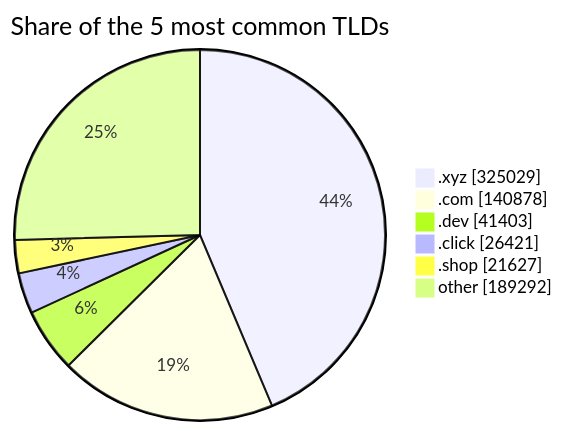
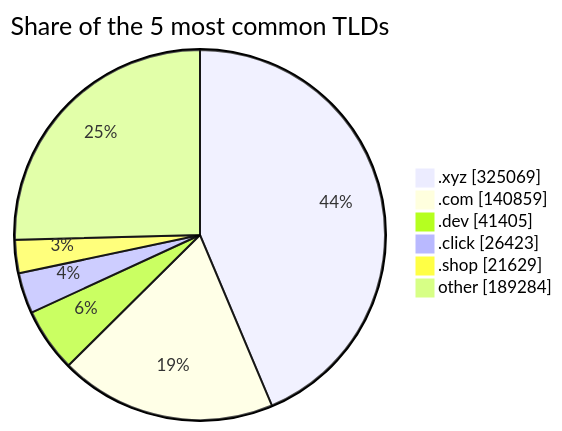
Before and after one commit to DNSBunker/CTI: the third of 3 diagrams in README.md, drawn with Mermaid. The commit also changed other lines of this file and 3 other files, not shown here.

````diff
--- a/README.md
+++ b/README.md
@@ -81,9 +81,9 @@
 ```mermaid
 pie showData title Share of the 5 most common TLDs
-    ".xyz" : 325029
-    ".com" : 140878
-    ".dev" : 41403
-    ".click" : 26421
-    ".shop" : 21627
-    "other" : 189292
+    ".xyz" : 325069
+    ".com" : 140859
+    ".dev" : 41405
+    ".click" : 26423
+    ".shop" : 21629
+    "other" : 189284
 ```
````
